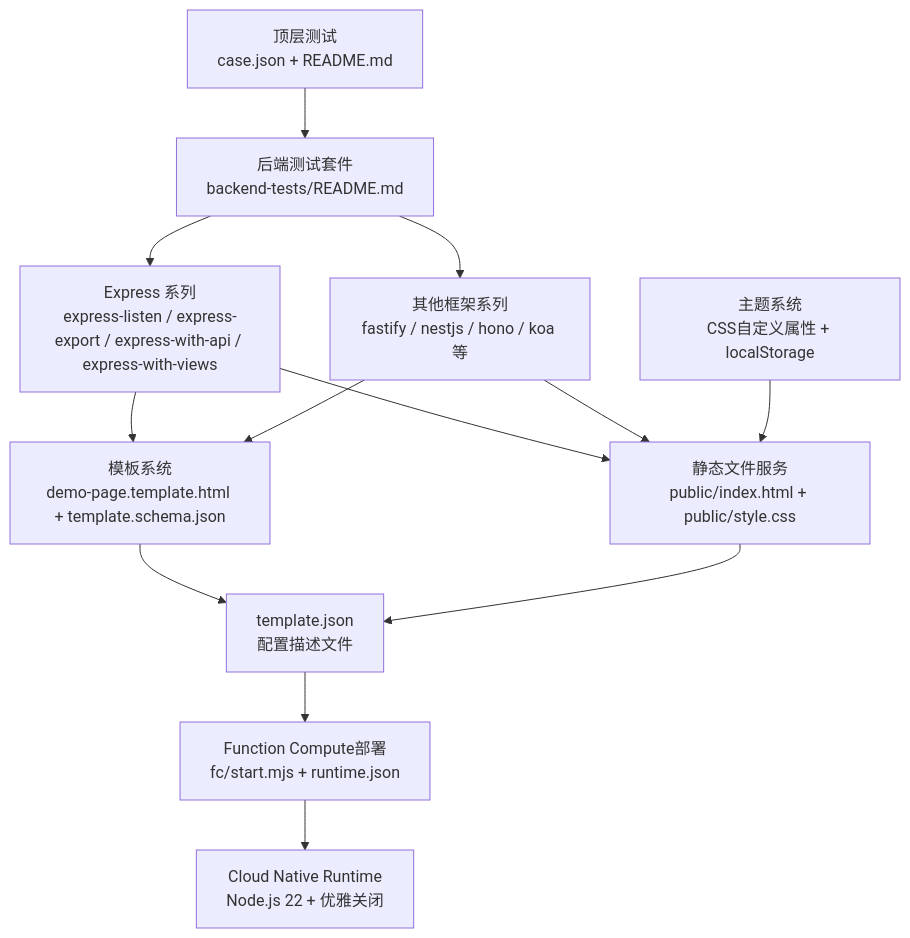
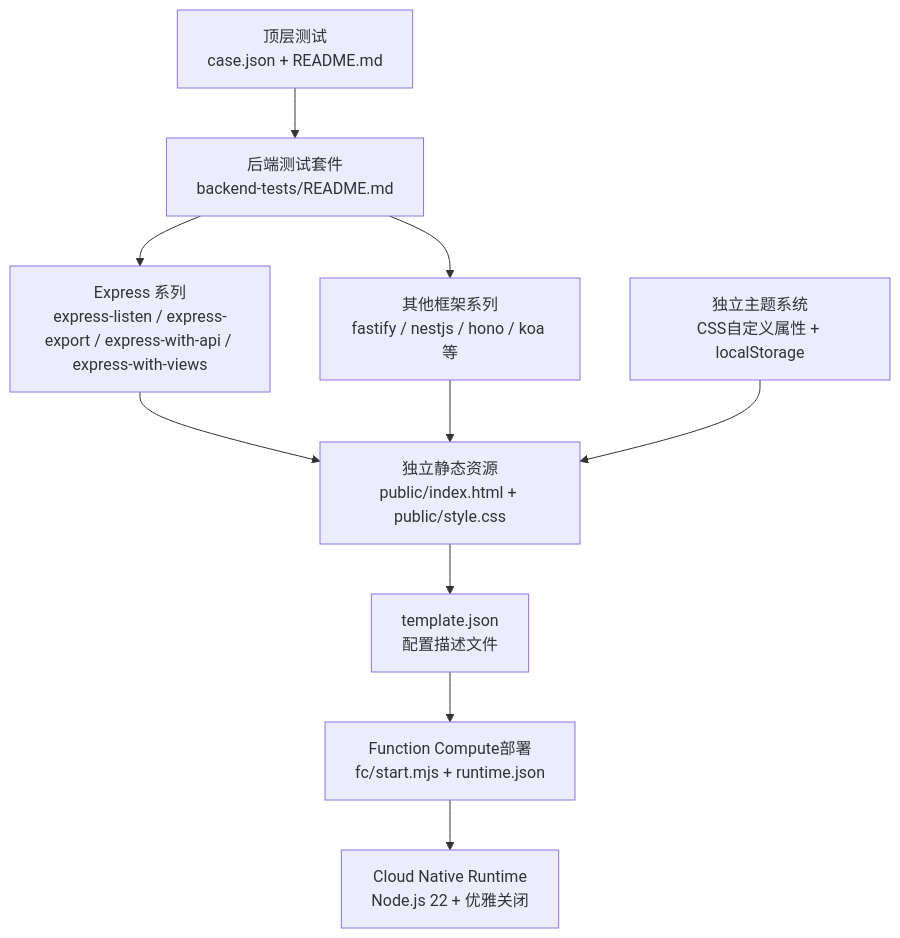
The first of 9 diagrams in .qoder/repowiki/zh/content/后端框架测试/后端框架测试.md (esa-sp/test-for-aone-ci), drawn with Mermaid before and after one commit. The commit also changed other lines of this file and 5 other files, not shown here.

````diff
--- a/.qoder/repowiki/zh/content/后端框架测试/后端框架测试.md
+++ b/.qoder/repowiki/zh/content/后端框架测试/后端框架测试.md
@@ -95,15 +83,12 @@
 ```mermaid
 graph TB
 A["顶层测试<br/>case.json + README.md"] --> B["后端测试套件<br/>backend-tests/README.md"]
 B --> C["Express 系列<br/>express-listen / express-export / express-with-api / express-with-views"]
 B --> D["其他框架系列<br/>fastify / nestjs / hono / koa 等"]
-C --> E["模板系统<br/>demo-page.template.html + template.schema.json"]
-C --> F["静态文件服务<br/>public/index.html + public/style.css"]
+C --> E["独立静态资源<br/>public/index.html + public/style.css"]
 D --> E
-D --> F
-E --> G["template.json<br/>配置描述文件"]
-F --> G
-G --> H["Function Compute部署<br/>fc/start.mjs + runtime.json"]
-H --> I["Cloud Native Runtime<br/>Node.js 22 + 优雅关闭"]
-J["主题系统<br/>CSS自定义属性 + localStorage"] --> F
+E --> F["template.json<br/>配置描述文件"]
+F --> G["Function Compute部署<br/>fc/start.mjs + runtime.json"]
+G --> H["Cloud Native Runtime<br/>Node.js 22 + 优雅关闭"]
+I["独立主题系统<br/>CSS自定义属性 + localStorage"] --> E
 ```
````
